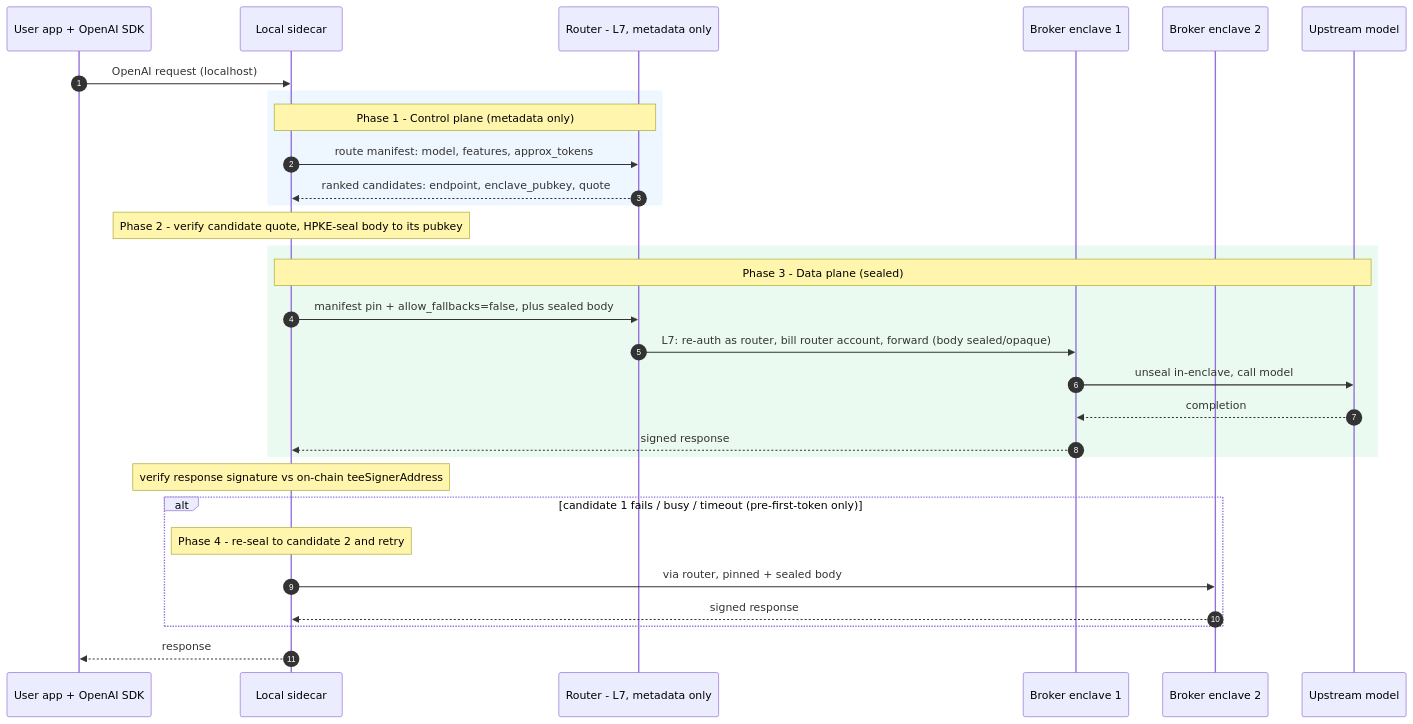
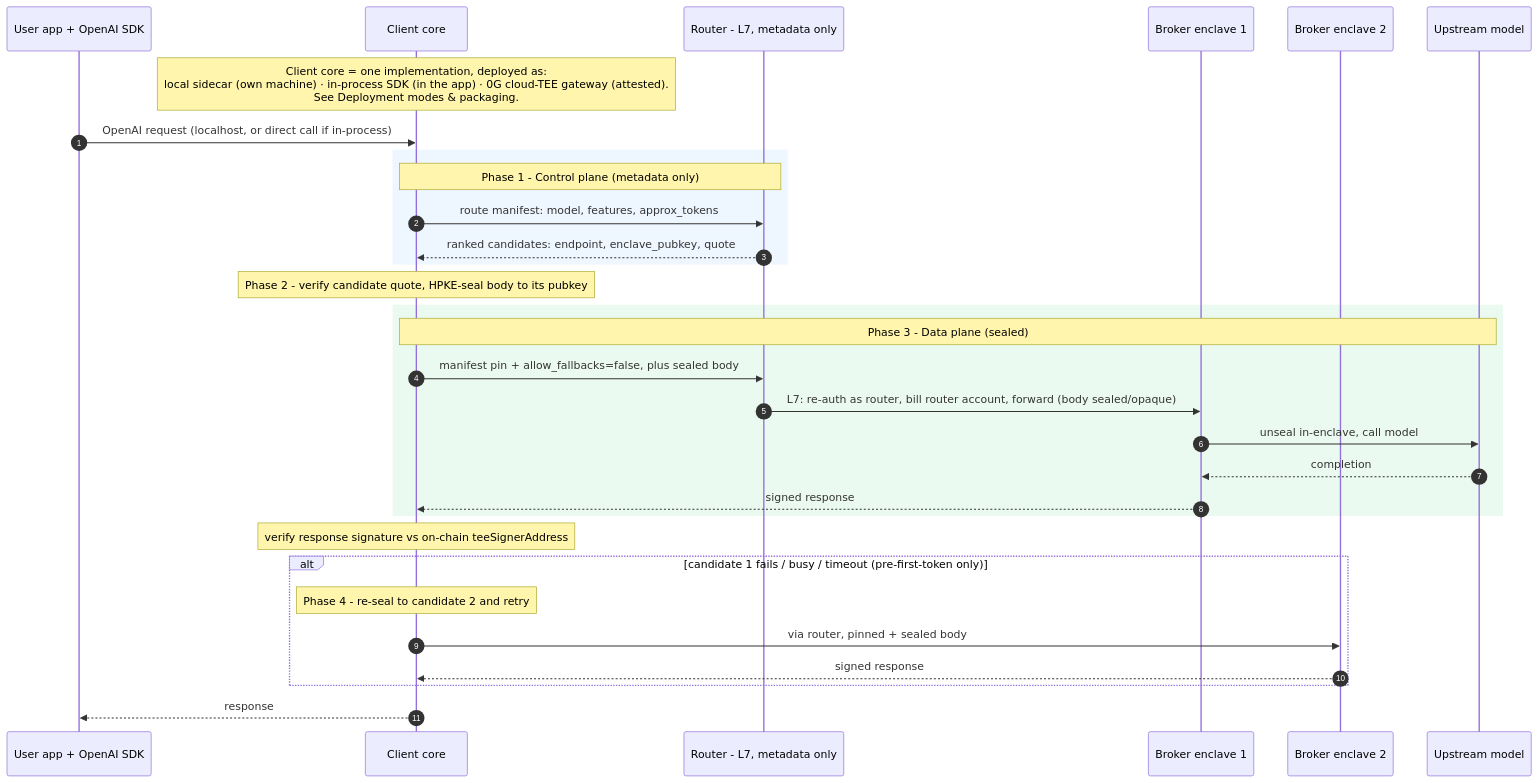
Before and after one commit to 0gfoundation/0g-serving-broker: the diagram in docs/design/router-e2e.md, drawn with Mermaid.

Commit message:
docs(design): clarify the client core is sidecar / in-process SDK / TEE gateway
Rename the diagram participant from 'Local sidecar' to 'Client core' and add a
note that it is one implementation deployed three ways (local sidecar,
in-process SDK, or 0G cloud-TEE gateway), matching the Deployment modes &
packaging section.

Claude-Session: https://claude.ai/code/session_01Grxb38rvumwDnLvj2i7MeP

````diff
--- a/docs/design/router-e2e.md
+++ b/docs/design/router-e2e.md
@@ -104,39 +104,41 @@
 ```mermaid
 sequenceDiagram
     autonumber
     participant App as User app + OpenAI SDK
-    participant SC as Local sidecar
+    participant SC as Client core
     participant R as Router - L7, metadata only
     participant B1 as Broker enclave 1
     participant B2 as Broker enclave 2
     participant M as Upstream model
 
-    App->>SC: OpenAI request (localhost)
+    Note over SC: Client core = one implementation, deployed as:<br/>local sidecar (own machine) · in-process SDK (in the app) · 0G cloud-TEE gateway (attested).<br/>See Deployment modes & packaging.
+
+    App->>SC: OpenAI request (localhost, or direct call if in-process)
 
     rect rgb(238, 246, 255)
     Note over SC,R: Phase 1 - Control plane (metadata only)
     SC->>R: route manifest: model, features, approx_tokens
     R-->>SC: ranked candidates: endpoint, enclave_pubkey, quote
     end
 
     Note over SC: Phase 2 - verify candidate quote, HPKE-seal body to its pubkey
 
     rect rgb(235, 250, 240)
     Note over SC,M: Phase 3 - Data plane (sealed)
     SC->>R: manifest pin + allow_fallbacks=false, plus sealed body
     R->>B1: L7: re-auth as router, bill router account, forward (body sealed/opaque)
     B1->>M: unseal in-enclave, call model
     M-->>B1: completion
     B1-->>SC: signed response
     end
 
     Note over SC: verify response signature vs on-chain teeSignerAddress
 
     alt candidate 1 fails / busy / timeout (pre-first-token only)
         Note over SC: Phase 4 - re-seal to candidate 2 and retry
         SC->>B2: via router, pinned + sealed body
         B2-->>SC: signed response
     end
 
     SC-->>App: response
 ```
````
